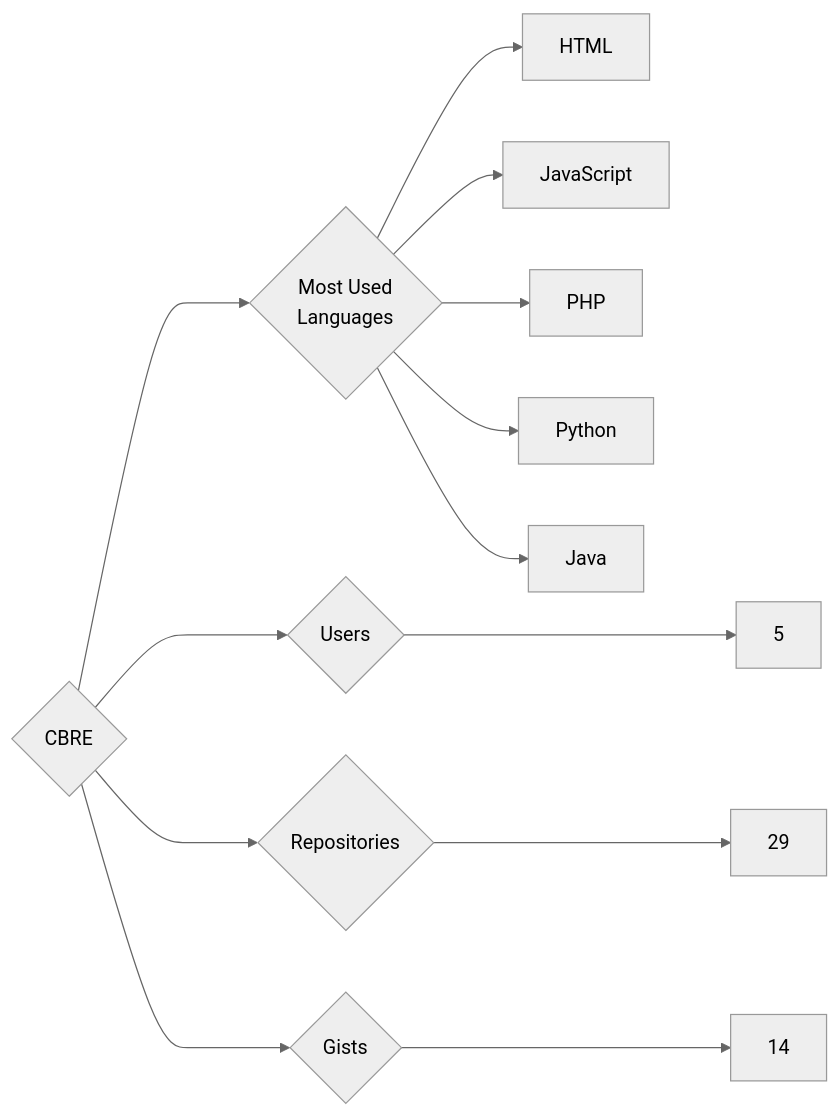
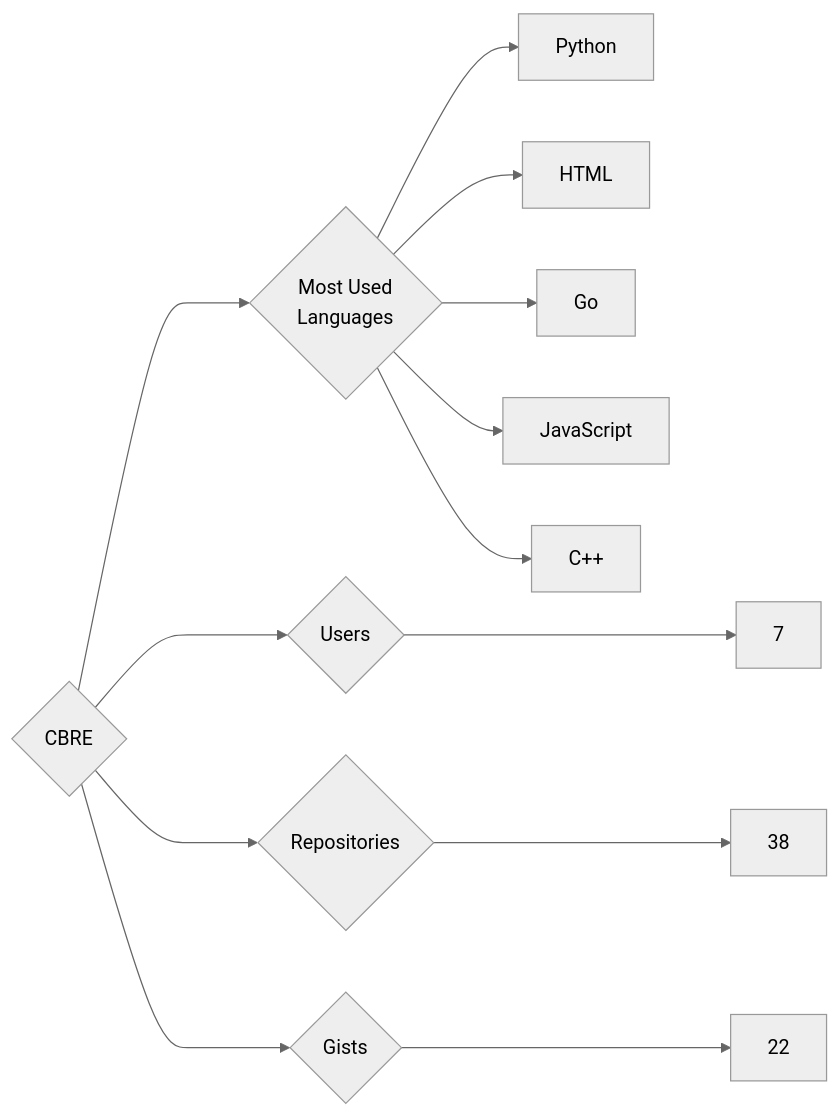
The diagram in targets/CBRE/README.md (trickest/insiders), drawn with Mermaid (neutral theme) before and after one commit. The commit also changed 1195 other files, not shown here.

````diff
--- a/targets/CBRE/README.md
+++ b/targets/CBRE/README.md
@@ -3,13 +3,13 @@
 ```mermaid
 graph LR
 COMPANY_NAME{CBRE}
-COMPANY_NAME ---> U{Users} ---> UN[5]
-COMPANY_NAME ---> R{Repositories} ---> RN[29]
-COMPANY_NAME ---> G{Gists} ---> GN[14]
+COMPANY_NAME ---> U{Users} ---> UN[7]
+COMPANY_NAME ---> R{Repositories} ---> RN[38]
+COMPANY_NAME ---> G{Gists} ---> GN[22]
 COMPANY_NAME ---> ML{Most Used<br>Languages}
+ML --> Python[Python]
 ML --> HTML[HTML]
+ML --> Go[Go]
 ML --> JavaScript[JavaScript]
-ML --> PHP[PHP]
-ML --> Python[Python]
-ML --> Java[Java]
+ML --> C++[C++]
 ```
````
